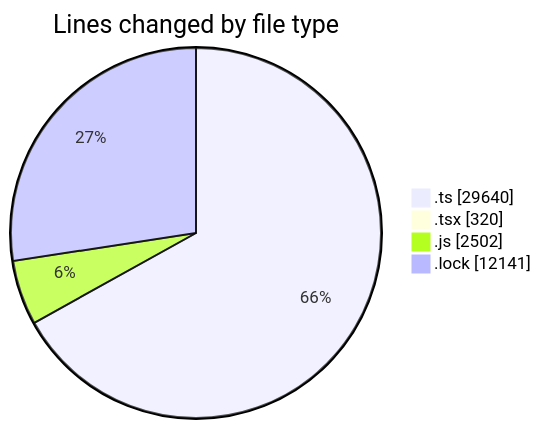
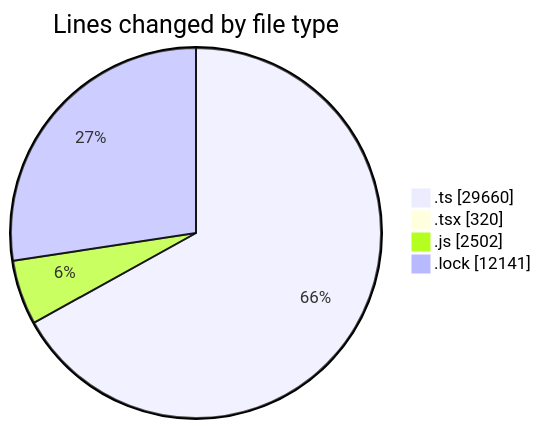
The first of 2 diagrams in 2025-08-13/cda/README.md (momahboobian/code-tracking), drawn with Mermaid before and after one commit. The commit also changed other lines of this file and 1 other file, not shown here.

````diff
--- a/2025-08-13/cda/README.md
+++ b/2025-08-13/cda/README.md
@@ -38,8 +38,8 @@
 ```mermaid
 pie showData
 title Lines changed by file type
-".ts" : 29640
+".ts" : 29660
 ".tsx" : 320
 ".js" : 2502
 ".lock" : 12141
 ```
````
